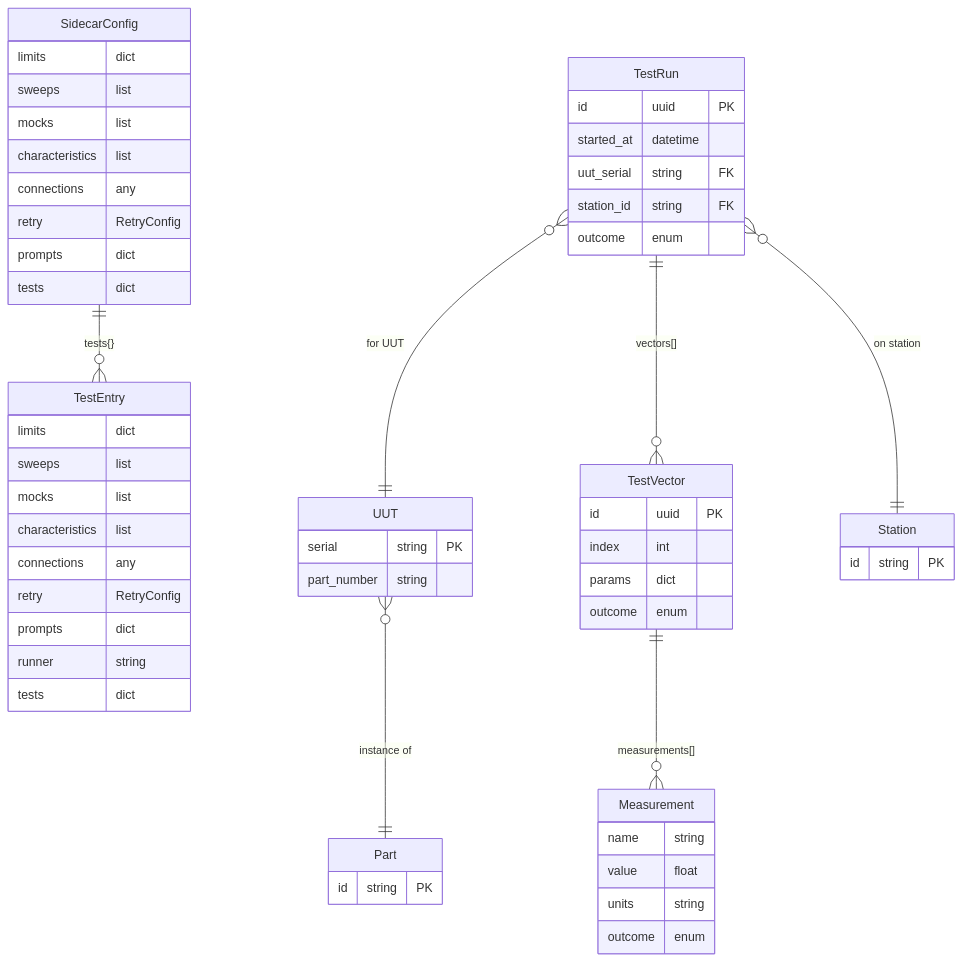
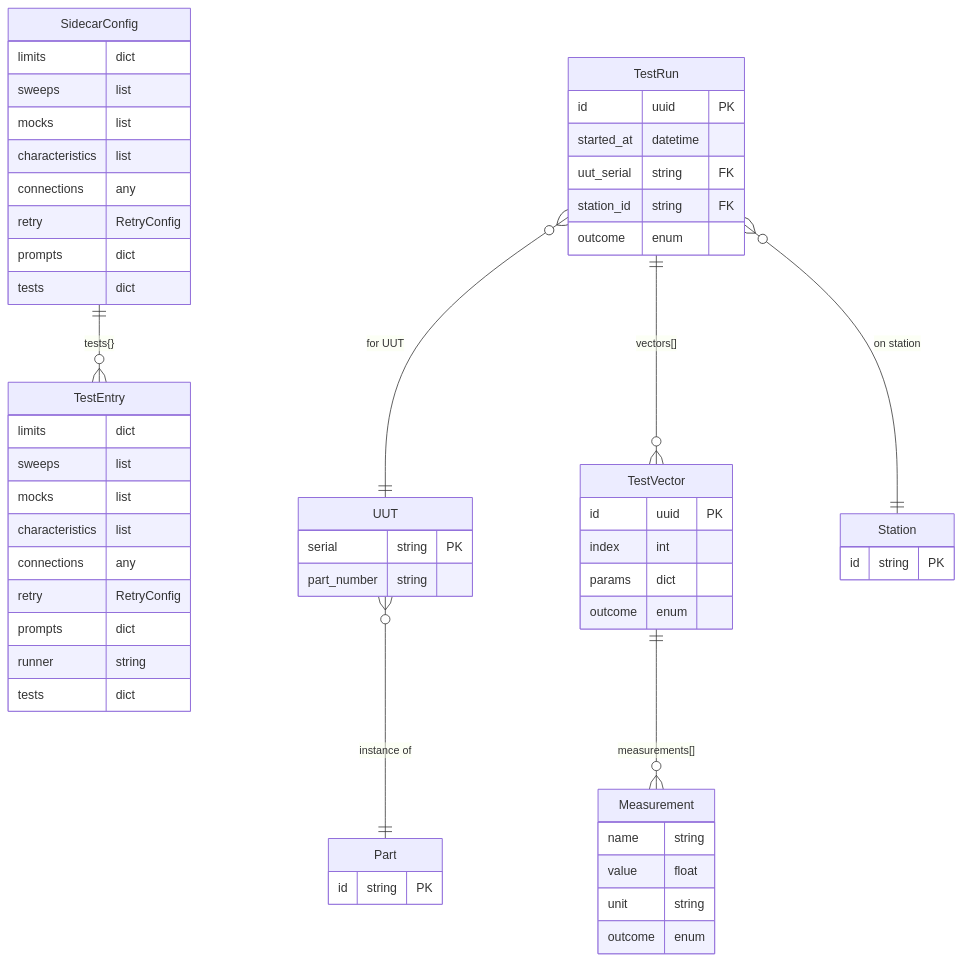
The fifth of 9 diagrams in docs/concepts/overview/architecture.md (pragmatest-dev/testerkit), drawn with Mermaid before and after one commit. The commit also changed other lines of this file and 2 other files, not shown here.

First line of the commit message:
docs: corpus review Piece 3 (concepts: execution/step-manifest, overview/architecture)

````diff
--- a/docs/concepts/overview/architecture.md
+++ b/docs/concepts/overview/architecture.md
@@ -187,60 +187,60 @@
 ```mermaid
 erDiagram
     SidecarConfig {
         limits dict
         sweeps list
         mocks list
         characteristics list
         connections any
         retry RetryConfig
         prompts dict
         tests dict
     }
     TestEntry {
         limits dict
         sweeps list
         mocks list
         characteristics list
         connections any
         retry RetryConfig
         prompts dict
         runner string
         tests dict
     }
     UUT {
         serial string PK
         part_number string
     }
     TestRun {
         id uuid PK
         started_at datetime
         uut_serial string FK
         station_id string FK
         outcome enum
     }
     TestVector {
         id uuid PK
         index int
         params dict
         outcome enum
     }
     Measurement {
         name string
         value float
-        units string
+        unit string
         outcome enum
     }
     Part {
         id string PK
     }
     Station {
         id string PK
     }
 
     SidecarConfig ||--o{ TestEntry : "tests{}"
     UUT }o--|| Part : "instance of"
     TestRun }o--|| UUT : "for UUT"
     TestRun }o--|| Station : "on station"
     TestRun ||--o{ TestVector : "vectors[]"
     TestVector ||--o{ Measurement : "measurements[]"
 ```
````
